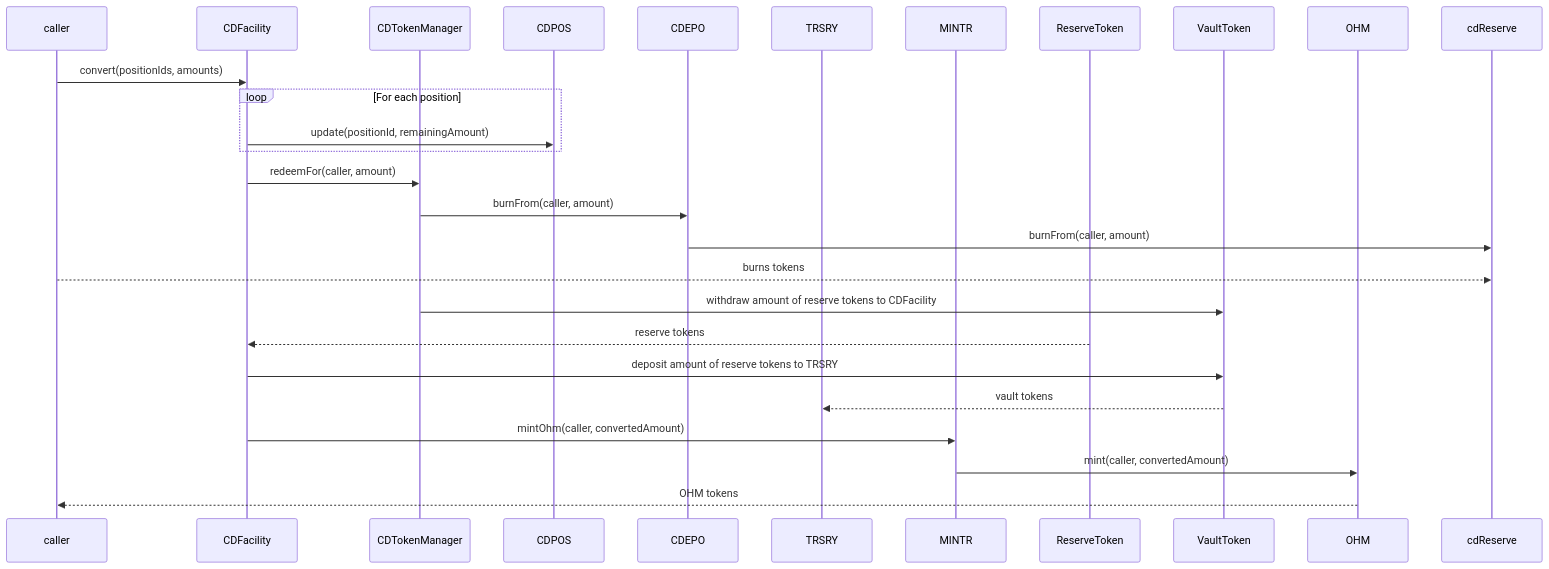
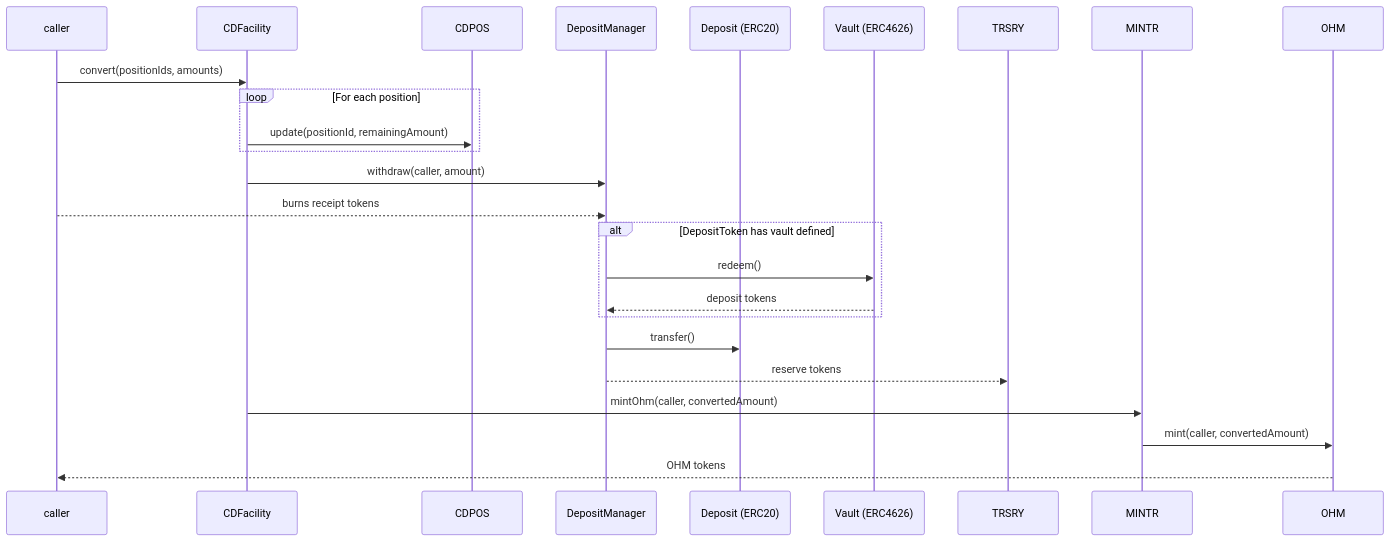
The fourth of 7 diagrams in audit/2025-01_convertible-deposits/README.md (OlympusDAO/olympus-v3), drawn with Mermaid before and after one commit. The commit also changed other lines of this file, not shown here.

````diff
--- a/audit/2025-01_convertible-deposits/README.md
+++ b/audit/2025-01_convertible-deposits/README.md
@@ -290,30 +288,28 @@
 ```mermaid
 sequenceDiagram
     participant caller
     participant CDFacility
-    participant CDTokenManager
     participant CDPOS
-    participant CDEPO
+    participant DepositManager
+    participant DepositToken as Deposit (ERC20)
+    participant VaultToken as Vault (ERC4626)
     participant TRSRY
     participant MINTR
-    participant ReserveToken
-    participant VaultToken
     participant OHM
-    participant cdReserve
 
     caller->>CDFacility: convert(positionIds, amounts)
     loop For each position
         CDFacility->>CDPOS: update(positionId, remainingAmount)
     end
-    CDFacility->>CDTokenManager: redeemFor(caller, amount)
-    CDTokenManager->>CDEPO: burnFrom(caller, amount)
-    CDEPO->>cdReserve: burnFrom(caller, amount)
-    caller-->>cdReserve: burns tokens
-    CDTokenManager->>VaultToken: withdraw amount of reserve tokens to CDFacility
-    ReserveToken-->>CDFacility: reserve tokens
-    CDFacility->>VaultToken: deposit amount of reserve tokens to TRSRY
-    VaultToken-->>TRSRY: vault tokens
+    CDFacility->>DepositManager: withdraw(caller, amount)
+    caller-->>DepositManager: burns receipt tokens
+    alt DepositToken has vault defined
+    DepositManager->>VaultToken: redeem()
+    VaultToken-->>DepositManager: deposit tokens
+    end
+    DepositManager->>DepositToken: transfer()
+    DepositManager-->>TRSRY: reserve tokens
     CDFacility->>MINTR: mintOhm(caller, convertedAmount)
     MINTR->>OHM: mint(caller, convertedAmount)
     OHM-->>caller: OHM tokens
 ```
````
